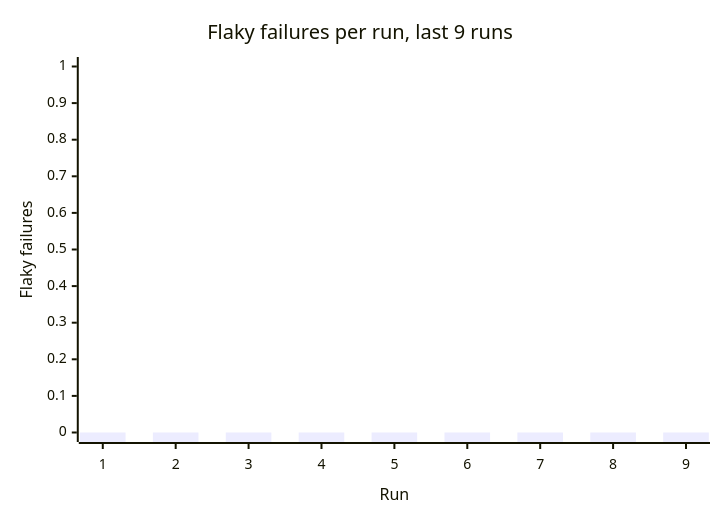
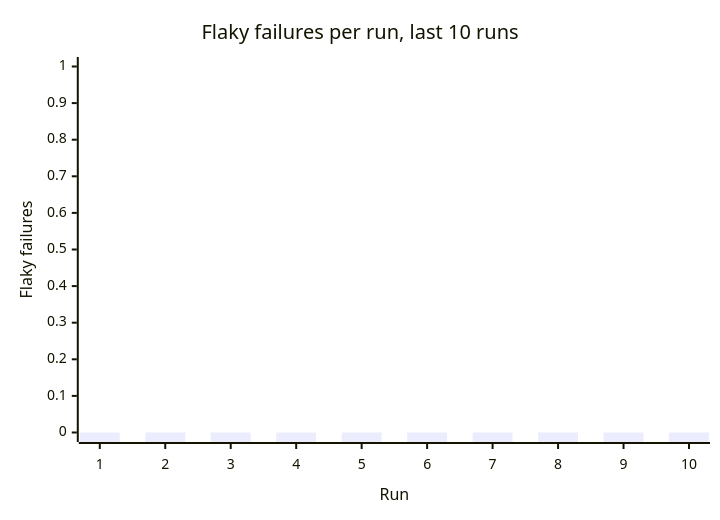
Before and after one commit to Shirojoufu/DORA-Metrics: the second of 3 diagrams in reports/summary.md, drawn with Mermaid. The commit also changed other lines of this file and 5 other files, not shown here.

````diff
--- a/reports/summary.md
+++ b/reports/summary.md
@@ -25,7 +25,7 @@
 ```mermaid
 xychart-beta
-    title "Flaky failures per run, last 9 runs"
-    x-axis "Run" [1, 2, 3, 4, 5, 6, 7, 8, 9]
+    title "Flaky failures per run, last 10 runs"
+    x-axis "Run" [1, 2, 3, 4, 5, 6, 7, 8, 9, 10]
     y-axis "Flaky failures" 0 --> 1
-    bar [0, 0, 0, 0, 0, 0, 0, 0, 0]
+    bar [0, 0, 0, 0, 0, 0, 0, 0, 0, 0]
 ```
````
